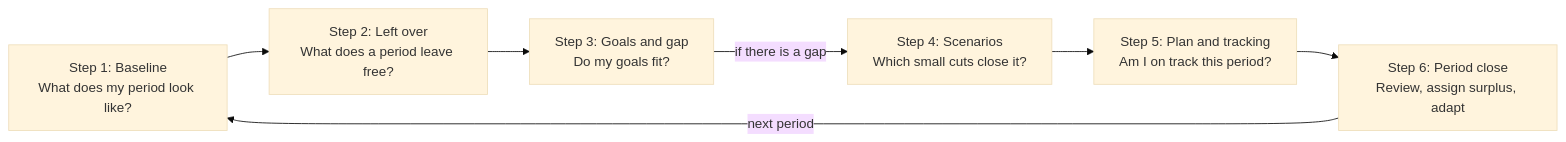
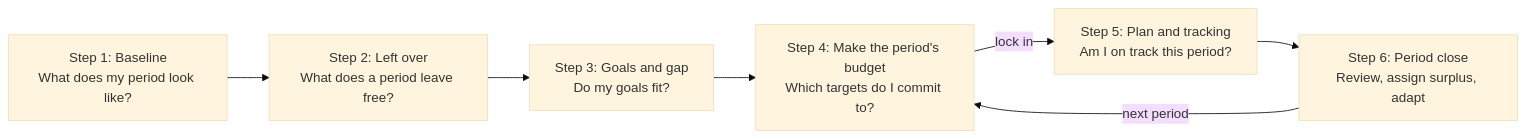
One commit to MAlejandroVC/mirador changed the second of 2 diagrams in docs/requirements.md. Above: the diagram before and after it, drawn with Mermaid (base theme). The commit also changed other lines of this file and 96 other files, not shown here.

Commit message:
feat(budget): add month budgets you lock in, goals and the month review (#310)

````diff
--- a/docs/requirements.md
+++ b/docs/requirements.md
@@ -468,13 +467,12 @@
 ```mermaid
 flowchart LR
   baseline["Step 1: Baseline<br/>What does my period look like?"]
   leftover["Step 2: Left over<br/>What does a period leave free?"]
   goals["Step 3: Goals and gap<br/>Do my goals fit?"]
-  scenarios["Step 4: Scenarios<br/>Which small cuts close it?"]
+  budget["Step 4: Make the period's budget<br/>Which targets do I commit to?"]
   plan["Step 5: Plan and tracking<br/>Am I on track this period?"]
   close["Step 6: Period close<br/>Review, assign surplus, adapt"]
-  baseline --> leftover --> goals
-  goals -- if there is a gap --> scenarios
-  scenarios --> plan --> close
-  close -- next period --> baseline
+  baseline --> leftover --> goals --> budget
+  budget -- lock in --> plan --> close
+  close -- next period --> budget
 ```
````
